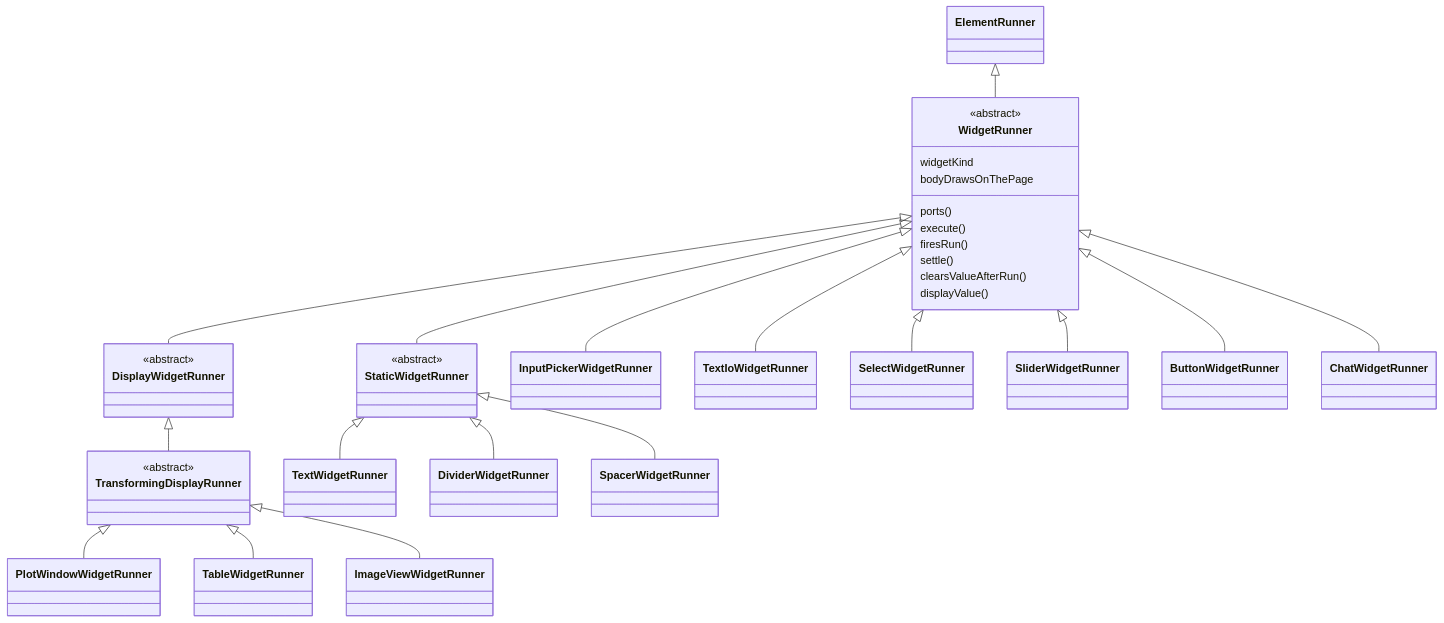
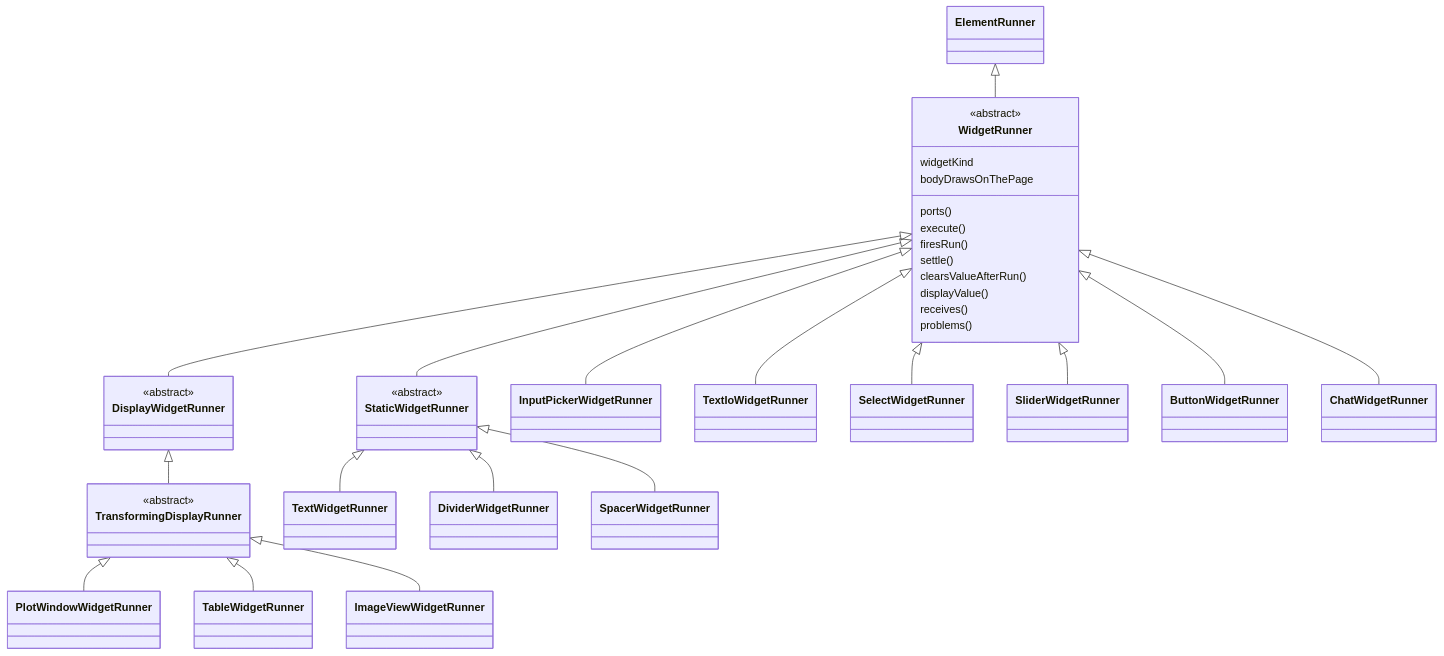
Before and after one commit to Archimedes79/AI_Graph: the fourth of 8 diagrams in arch/overview.md, drawn with Mermaid. The commit also changed other lines of this file, not shown here.

````diff
--- a/arch/overview.md
+++ b/arch/overview.md
@@ -209,39 +212,41 @@
 ```mermaid
 classDiagram
   class WidgetRunner {
     <<abstract>>
     widgetKind
     bodyDrawsOnThePage
     ports()
     execute()
     firesRun()
     settle()
     clearsValueAfterRun()
     displayValue()
+    receives()
+    problems()
   }
   class StaticWidgetRunner {
     <<abstract>>
   }
   class DisplayWidgetRunner {
     <<abstract>>
   }
   class TransformingDisplayRunner {
     <<abstract>>
   }
   ElementRunner <|-- WidgetRunner
   WidgetRunner <|-- InputPickerWidgetRunner
   WidgetRunner <|-- TextIoWidgetRunner
   WidgetRunner <|-- SelectWidgetRunner
   WidgetRunner <|-- SliderWidgetRunner
   WidgetRunner <|-- ButtonWidgetRunner
   WidgetRunner <|-- ChatWidgetRunner
   WidgetRunner <|-- StaticWidgetRunner
   WidgetRunner <|-- DisplayWidgetRunner
   StaticWidgetRunner <|-- TextWidgetRunner
   StaticWidgetRunner <|-- DividerWidgetRunner
   StaticWidgetRunner <|-- SpacerWidgetRunner
   DisplayWidgetRunner <|-- TransformingDisplayRunner
   TransformingDisplayRunner <|-- PlotWindowWidgetRunner
   TransformingDisplayRunner <|-- TableWidgetRunner
   TransformingDisplayRunner <|-- ImageViewWidgetRunner
 ```
````
